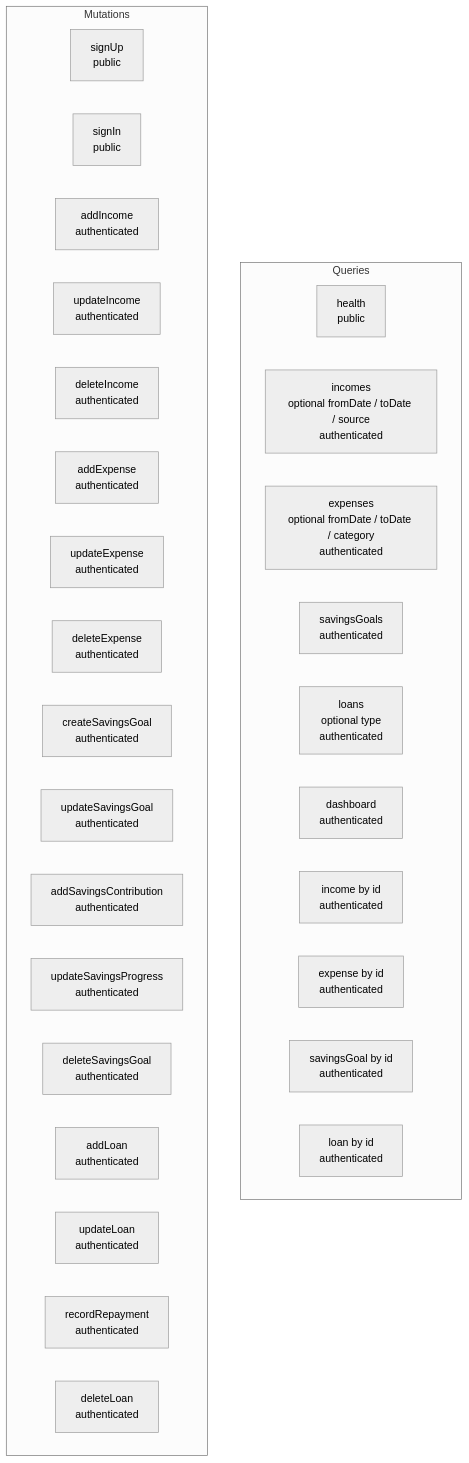
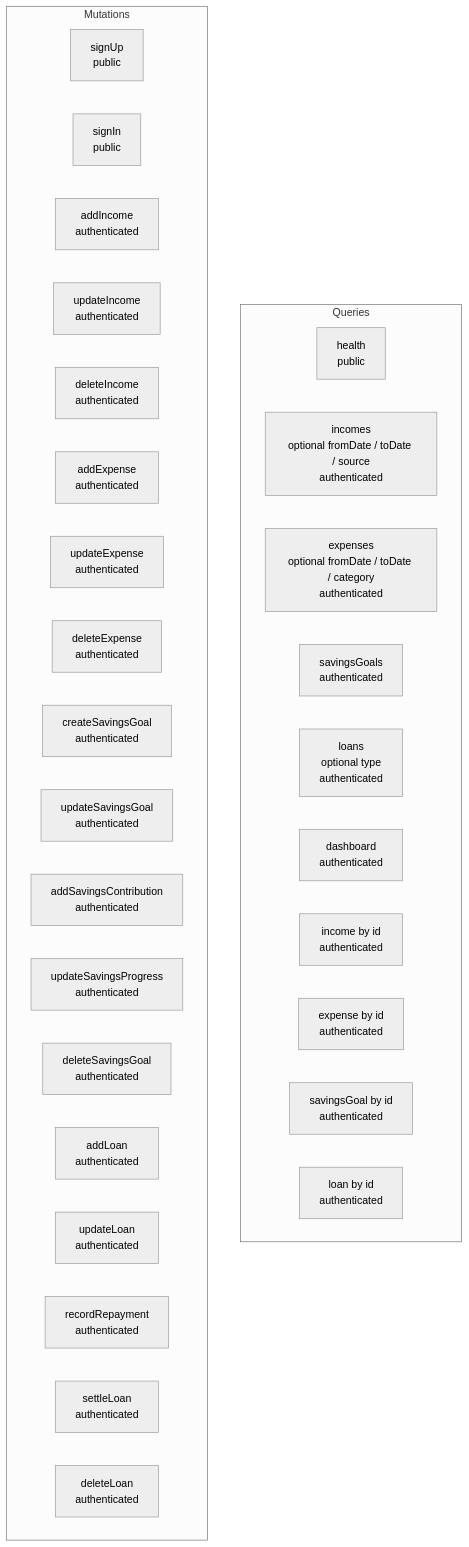
One commit to dev-personal-projects/vela changed the first of 12 diagrams in docs/phases/PHASE-4-graphql-api.md. Above: the diagram before and after it, drawn with Mermaid (neutral theme). The commit also changed other lines of this file and 7 other files, not shown here.

````diff
--- a/docs/phases/PHASE-4-graphql-api.md
+++ b/docs/phases/PHASE-4-graphql-api.md
@@ -46,35 +62,36 @@
 ```mermaid
 flowchart TB
     subgraph Queries
         QH[health\npublic]
         QI[incomes\noptional fromDate / toDate / source\nauthenticated]
         QE[expenses\noptional fromDate / toDate / category\nauthenticated]
         QS[savingsGoals\nauthenticated]
         QL[loans\noptional type\nauthenticated]
         QD[dashboard\nauthenticated]
         QI1[income by id\nauthenticated]
         QE1[expense by id\nauthenticated]
         QS1[savingsGoal by id\nauthenticated]
         QL1[loan by id\nauthenticated]
     end
 
     subgraph Mutations
         MSU[signUp\npublic]
         MSI[signIn\npublic]
         MI[addIncome\nauthenticated]
         MIU[updateIncome\nauthenticated]
         MID[deleteIncome\nauthenticated]
         ME[addExpense\nauthenticated]
         MEU[updateExpense\nauthenticated]
         MED[deleteExpense\nauthenticated]
         MS[createSavingsGoal\nauthenticated]
         MSU2[updateSavingsGoal\nauthenticated]
         MSC[addSavingsContribution\nauthenticated]
         MSP[updateSavingsProgress\nauthenticated]
         MSD[deleteSavingsGoal\nauthenticated]
         ML[addLoan\nauthenticated]
         MLU[updateLoan\nauthenticated]
         MR[recordRepayment\nauthenticated]
+        MSL[settleLoan\nauthenticated]
         MLD[deleteLoan\nauthenticated]
     end
 ```
````
